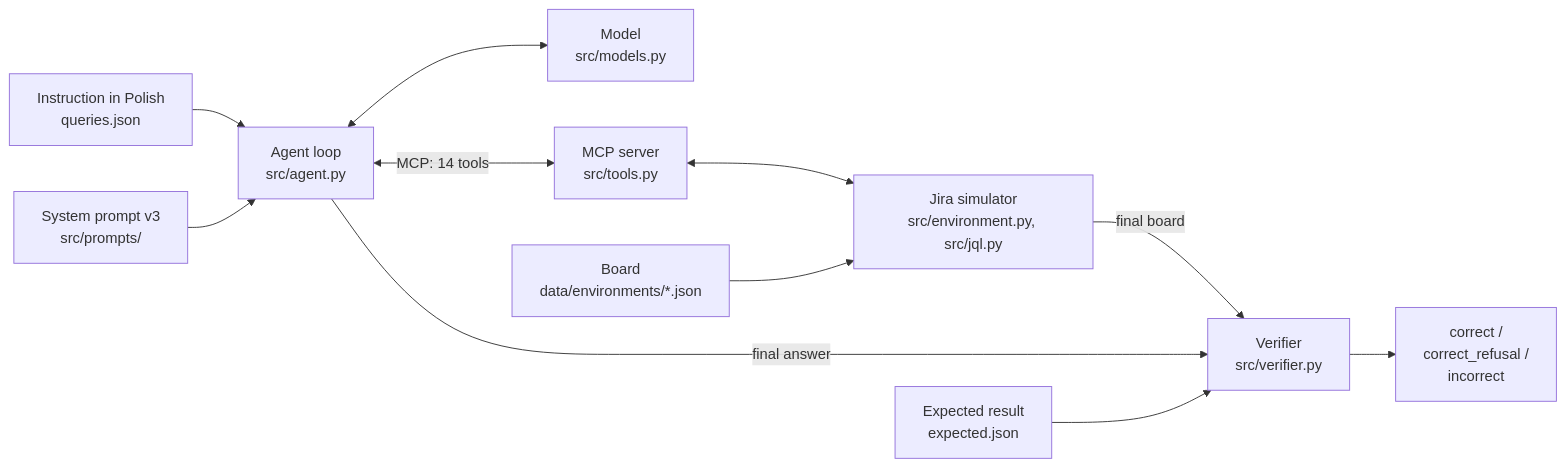
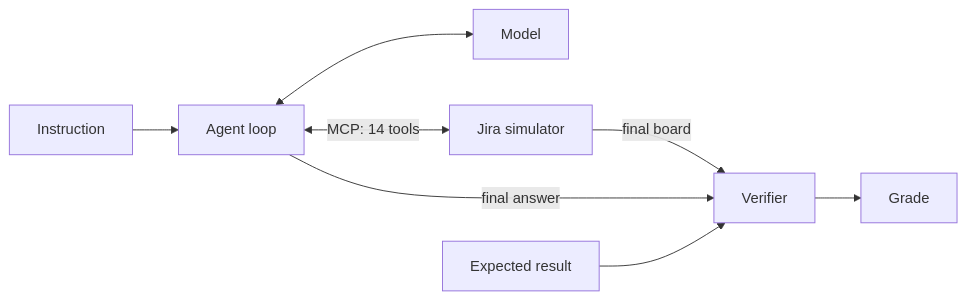
Before and after one commit to FilipLangiewicz/RLTrainedMCPAgent: the diagram in docs/E1_REPORT.md, drawn with Mermaid. The commit also changed other lines of this file and 1 other file, not shown here.

````diff
--- a/docs/E1_REPORT.md
+++ b/docs/E1_REPORT.md
@@ -50,13 +15,10 @@
 ```mermaid
 flowchart LR
-    I["Instruction in Polish<br/>queries.json"] --> A["Agent loop<br/>src/agent.py"]
-    P["System prompt v3<br/>src/prompts/"] --> A
-    A <--> M["Model<br/>src/models.py"]
-    A <-->|"MCP: 14 tools"| S["MCP server<br/>src/tools.py"]
-    S <--> SIM["Jira simulator<br/>src/environment.py, src/jql.py"]
-    B["Board<br/>data/environments/*.json"] --> SIM
-    SIM -->|final board| V["Verifier<br/>src/verifier.py"]
+    I["Instruction"] --> A["Agent loop"]
+    A <--> M["Model"]
+    A <-->|"MCP: 14 tools"| S["Jira simulator"]
+    S -->|final board| V["Verifier"]
     A -->|final answer| V
-    X["Expected result<br/>expected.json"] --> V
-    V --> G["correct /<br/>correct_refusal /<br/>incorrect"]
+    X["Expected result"] --> V
+    V --> G["Grade"]
 ```
````
